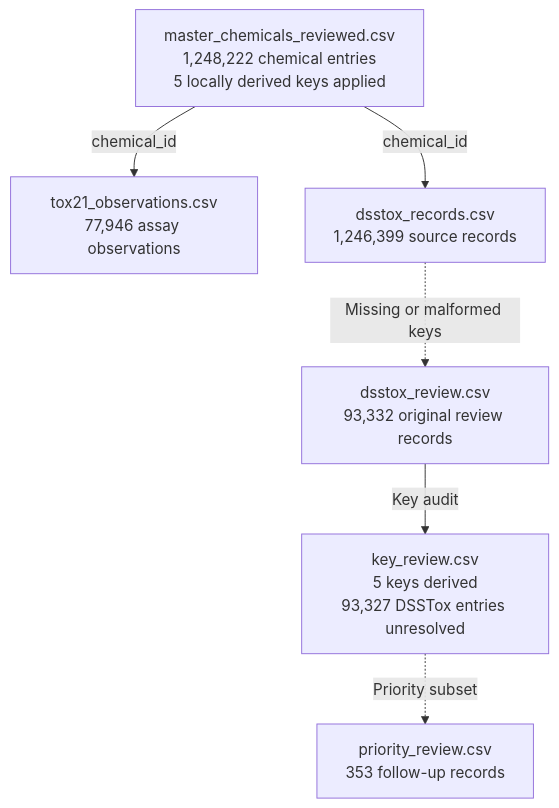
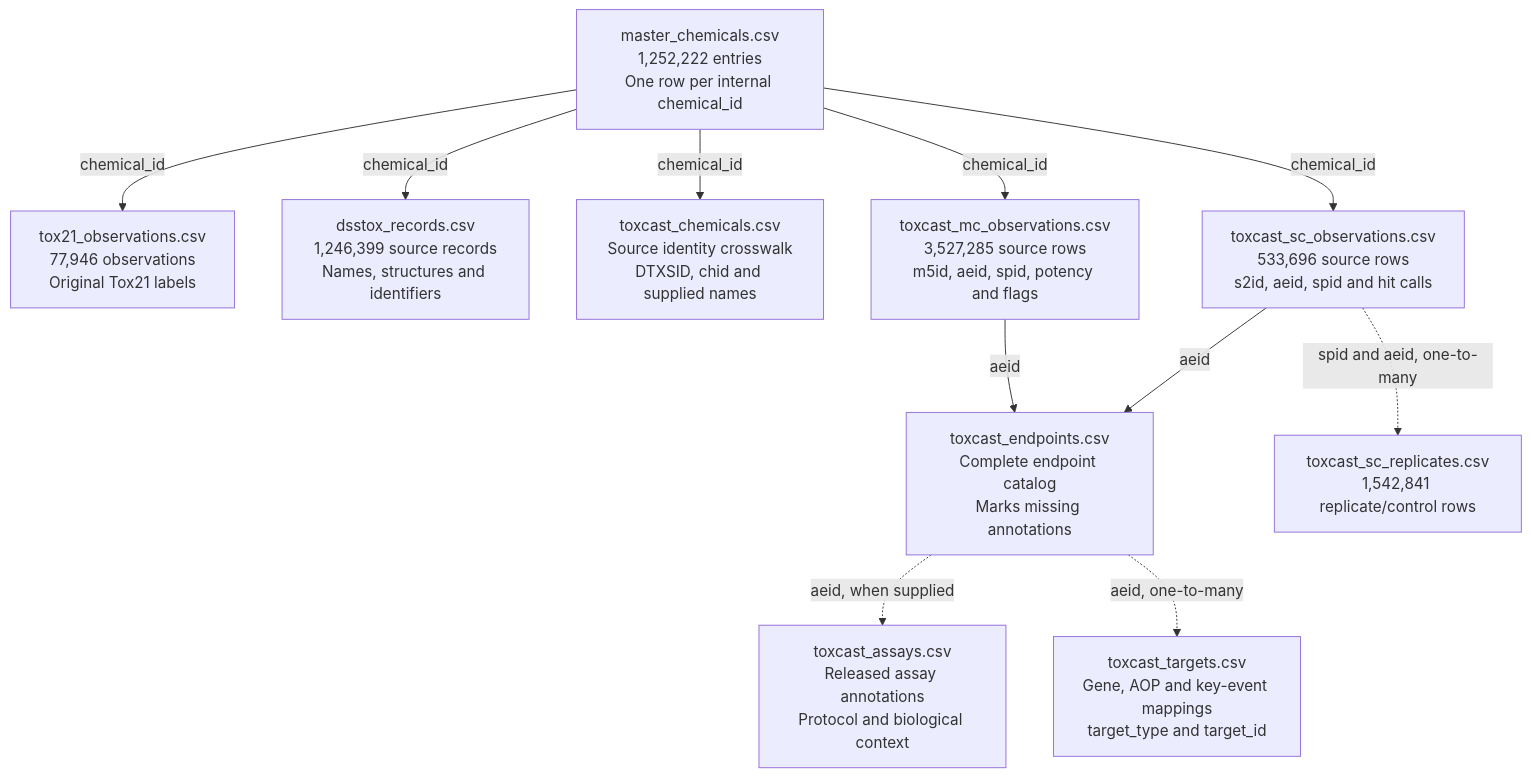
One commit to amiruzzaman/ncem-toxicity changed the diagram in README.md. Above: the diagram before and after it, drawn with Mermaid. The commit also changed other lines of this file, not shown here.

````diff
--- a/README.md
+++ b/README.md
@@ -27,15 +26,24 @@
 ```mermaid
 flowchart TD
-    M["master_chemicals_reviewed.csv<br/>1,248,222 chemical entries<br/>5 locally derived keys applied"]
-    O["tox21_observations.csv<br/>77,946 assay observations"]
-    D["dsstox_records.csv<br/>1,246,399 source records"]
-    R["dsstox_review.csv<br/>93,332 original review records"]
-    K["key_review.csv<br/>5 keys derived<br/>93,327 DSSTox entries unresolved"]
-    P["priority_review.csv<br/>353 follow-up records"]
+    M["master_chemicals.csv<br/>1,252,222 entries<br/>One row per internal chemical_id"]
+    O["tox21_observations.csv<br/>77,946 observations<br/>Original Tox21 labels"]
+    D["dsstox_records.csv<br/>1,246,399 source records<br/>Names, structures and identifiers"]
+    X["toxcast_chemicals.csv<br/>Source identity crosswalk<br/>DTXSID, chid and supplied names"]
+    C["toxcast_mc_observations.csv<br/>3,527,285 source rows<br/>m5id, aeid, spid, potency and flags"]
+    S["toxcast_sc_observations.csv<br/>533,696 source rows<br/>s2id, aeid, spid and hit calls"]
+    E["toxcast_endpoints.csv<br/>Complete endpoint catalog<br/>Marks missing annotations"]
+    A["toxcast_assays.csv<br/>Released assay annotations<br/>Protocol and biological context"]
+    T["toxcast_targets.csv<br/>Gene, AOP and key-event mappings<br/>target_type and target_id"]
+    R["toxcast_sc_replicates.csv<br/>1,542,841 replicate/control rows"]
 
     M -->|chemical_id| O
     M -->|chemical_id| D
-    D -.->|Missing or malformed keys| R
-    R -->|Key audit| K
-    K -.->|Priority subset| P
+    M -->|chemical_id| X
+    M -->|chemical_id| C
+    M -->|chemical_id| S
+    C -->|aeid| E
+    S -->|aeid| E
+    E -.->|aeid, when supplied| A
+    E -.->|aeid, one-to-many| T
+    S -.->|spid and aeid, one-to-many| R
 ```
````
